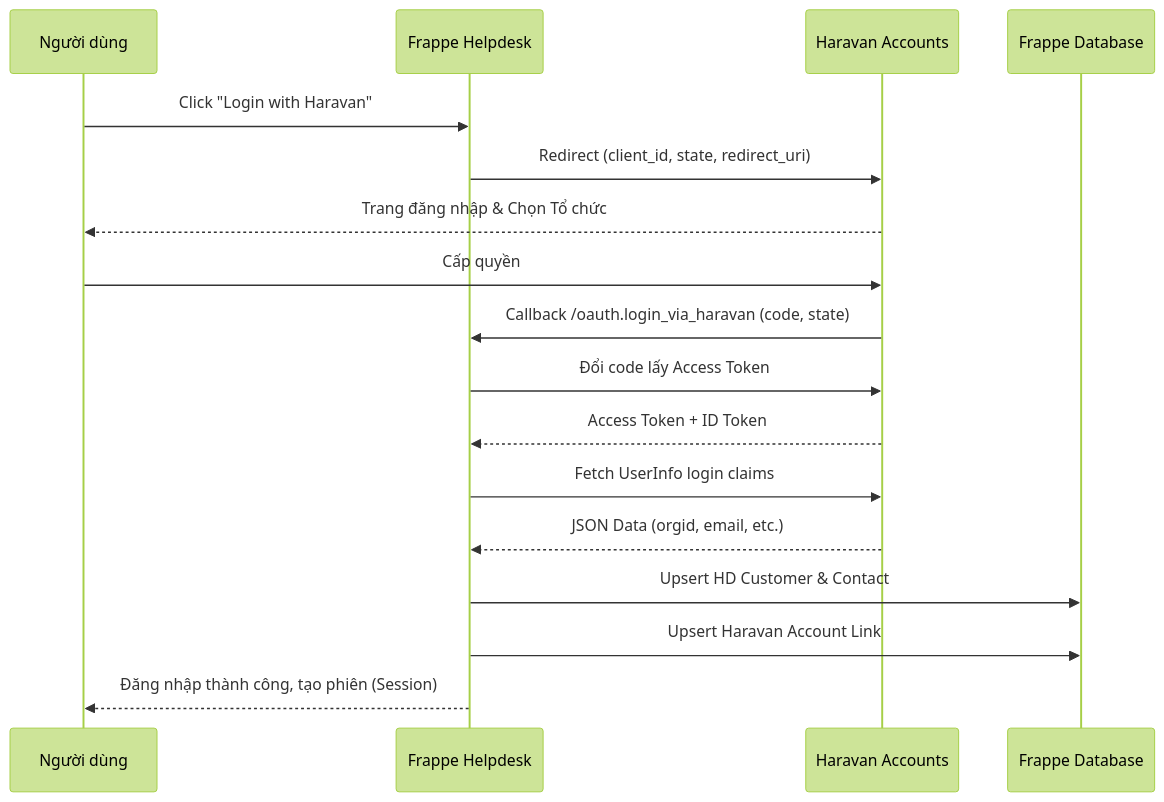
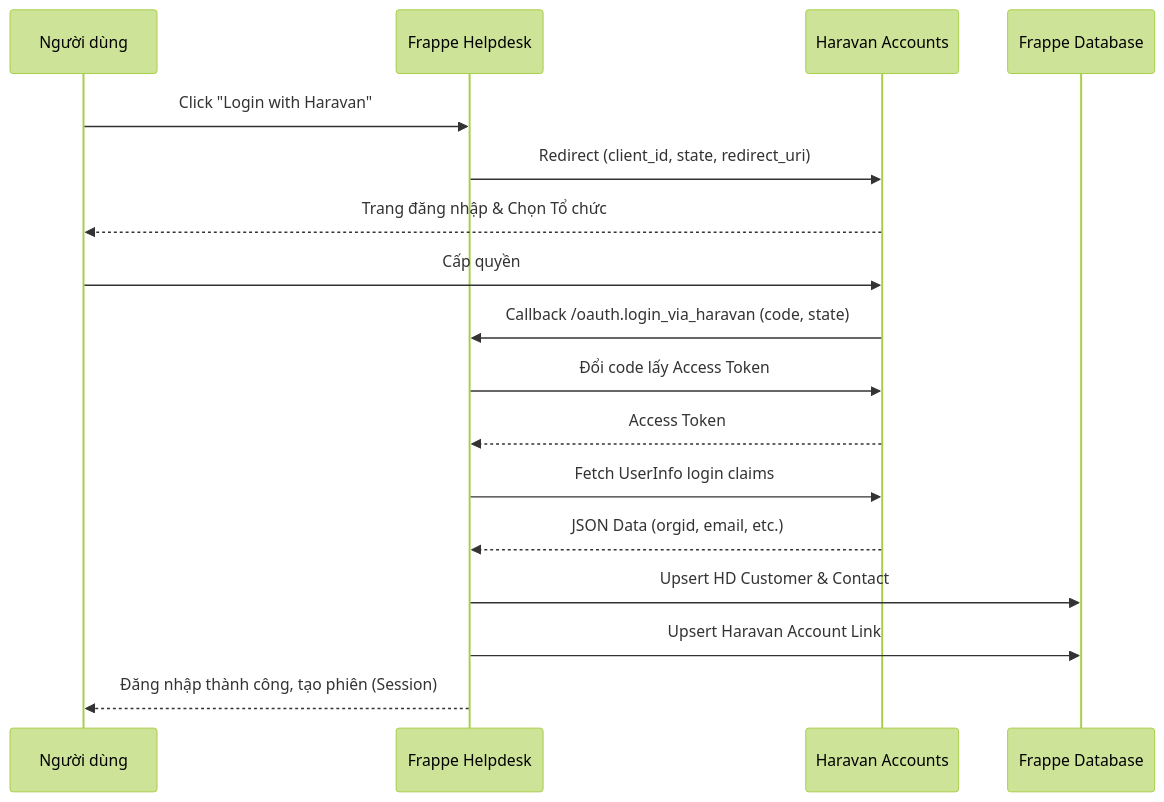
The diagram in docs/architecture/data-flow.md (tody-agent/login_with_haravan), drawn with Mermaid (forest theme) before and after one commit. The commit also changed 27 other files, not shown here.

````diff
--- a/docs/architecture/data-flow.md
+++ b/docs/architecture/data-flow.md
@@ -16,20 +16,20 @@
 ```mermaid
 sequenceDiagram
     participant User as Người dùng
     participant Frappe as Frappe Helpdesk
     participant Haravan as Haravan Accounts
     participant DB as Frappe Database
 
     User->>Frappe: Click "Login with Haravan"
     Frappe->>Haravan: Redirect (client_id, state, redirect_uri)
     Haravan-->>User: Trang đăng nhập & Chọn Tổ chức
     User->>Haravan: Cấp quyền
     Haravan->>Frappe: Callback /oauth.login_via_haravan (code, state)
     Frappe->>Haravan: Đổi code lấy Access Token
-    Haravan-->>Frappe: Access Token + ID Token
+    Haravan-->>Frappe: Access Token
     Frappe->>Haravan: Fetch UserInfo login claims
     Haravan-->>Frappe: JSON Data (orgid, email, etc.)
     Frappe->>DB: Upsert HD Customer & Contact
     Frappe->>DB: Upsert Haravan Account Link
     Frappe-->>User: Đăng nhập thành công, tạo phiên (Session)
 ```
````
